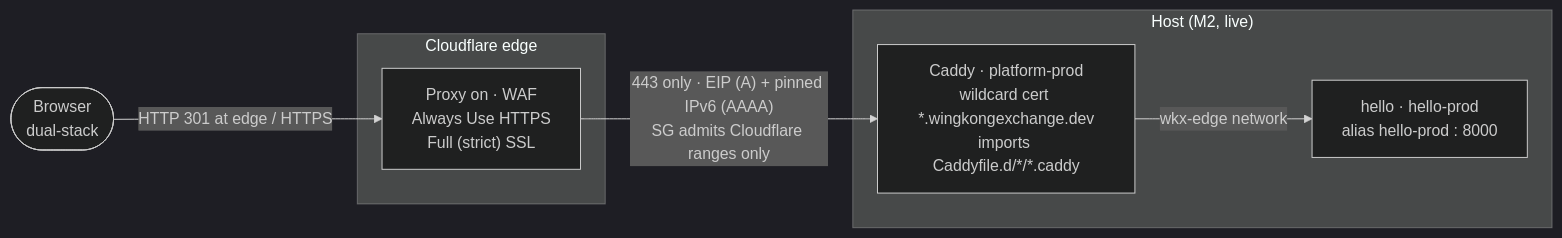
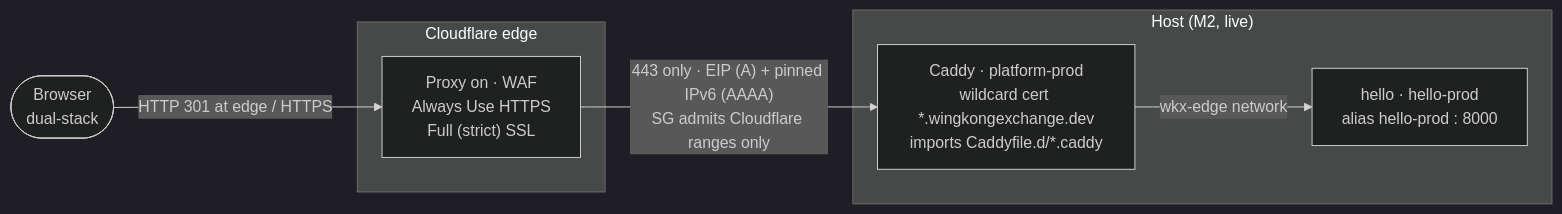
One commit to etoews/wkx-platform changed the diagram in docs/superpowers/specs/2026-07-05-m3-caddy-tls-design.md. Above: the diagram before and after it, drawn with Mermaid (dark theme). The commit also changed other lines of this file and 4 other files, not shown here.

Commit message:
docs(m3): flatten Caddy snippets to <service>-<env>.caddy; import globs allow one wildcard

````diff
--- a/docs/superpowers/specs/2026-07-05-m3-caddy-tls-design.md
+++ b/docs/superpowers/specs/2026-07-05-m3-caddy-tls-design.md
@@ -17,15 +17,15 @@
 ```mermaid
 flowchart LR
     Browser([Browser<br/>dual-stack])
     subgraph CF["Cloudflare edge"]
         Proxy["Proxy on · WAF<br/>Always Use HTTPS<br/>Full (strict) SSL"]
     end
     subgraph Host["Host (M2, live)"]
-        Caddy["Caddy · platform-prod<br/>wildcard cert *.wingkongexchange.dev<br/>imports Caddyfile.d/*/*.caddy"]
+        Caddy["Caddy · platform-prod<br/>wildcard cert *.wingkongexchange.dev<br/>imports Caddyfile.d/*.caddy"]
         Hello["hello · hello-prod<br/>alias hello-prod : 8000"]
     end
 
     Browser -->|HTTP 301 at edge / HTTPS| Proxy
     Proxy -->|"443 only · EIP (A) + pinned IPv6 (AAAA)<br/>SG admits Cloudflare ranges only"| Caddy
     Caddy -->|wkx-edge network| Hello
 ```
````
